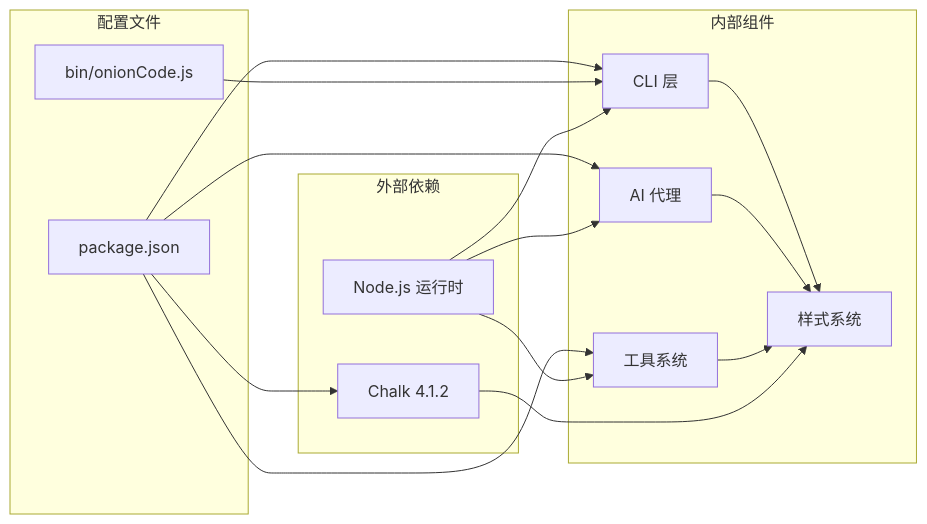
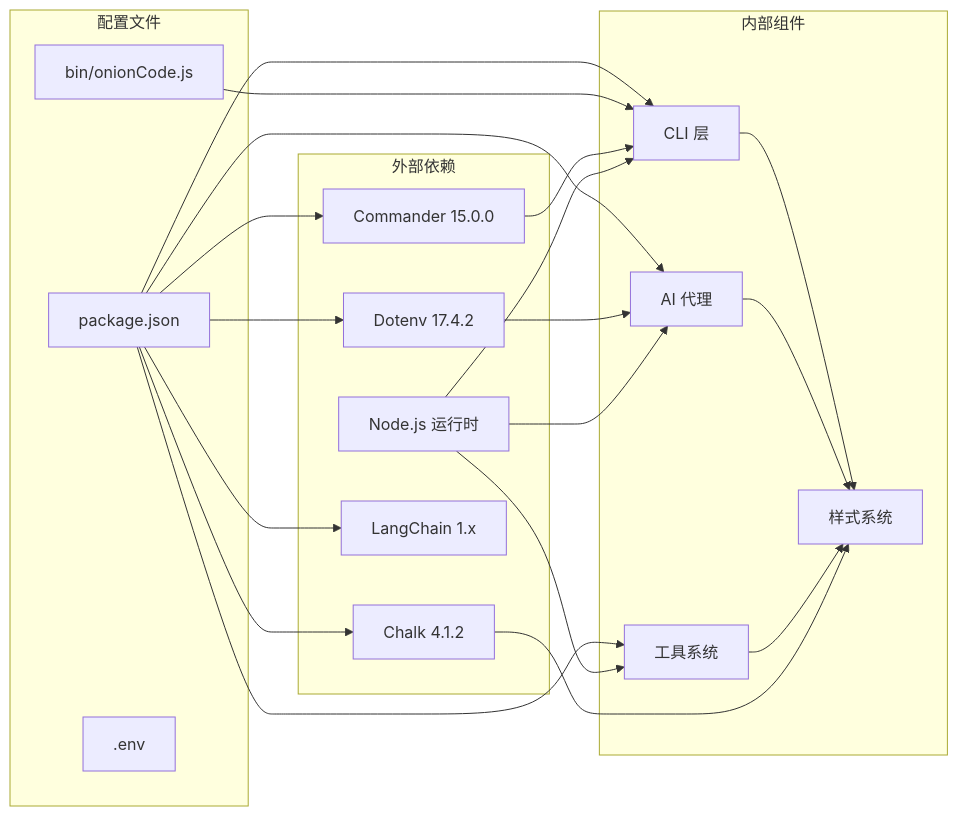
Before and after one commit to HAOFUYANG/onion-code: the sixth of 6 diagrams in .qoder/repowiki/zh/content/核心代理系统/样式系统.md, drawn with Mermaid. The commit also changed other lines of this file and 5 other files, not shown here.

````diff
--- a/.qoder/repowiki/zh/content/核心代理系统/样式系统.md
+++ b/.qoder/repowiki/zh/content/核心代理系统/样式系统.md
@@ -238,29 +259,38 @@
 ```mermaid
 graph LR
 subgraph "外部依赖"
 Chalk[Chalk 4.1.2]
 Node[Node.js 运行时]
+Commander[Commander 15.0.0]
+LangChain[LangChain 1.x]
+Dotenv[Dotenv 17.4.2]
 end
 subgraph "内部组件"
 Style[样式系统]
 CLI[CLI 层]
 Agent[AI 代理]
 Tools[工具系统]
 end
 subgraph "配置文件"
 Package[package.json]
 Bin[bin/onionCode.js]
+Env[.env]
 end
 Package --> Chalk
+Package --> Commander
+Package --> LangChain
+Package --> Dotenv
 Package --> CLI
 Package --> Agent
 Package --> Tools
 Bin --> CLI
 CLI --> Style
 Agent --> Style
 Tools --> Style
 Chalk --> Style
+Commander --> CLI
+Dotenv --> Agent
 Node --> CLI
 Node --> Agent
 Node --> Tools
 ```
````
